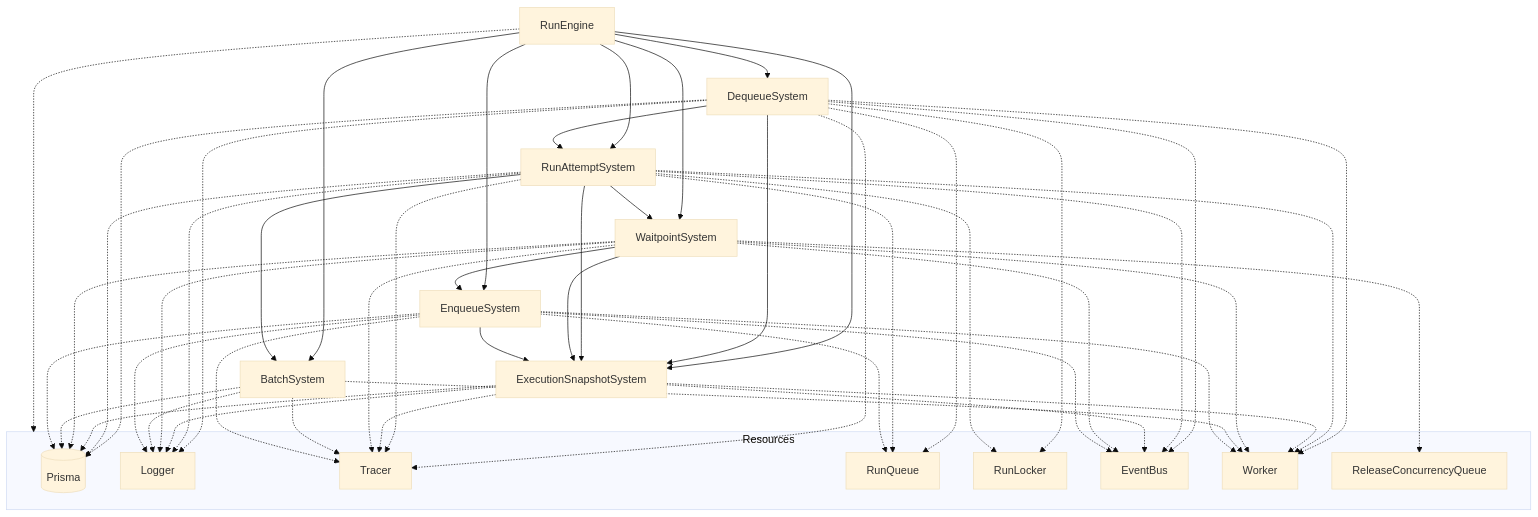
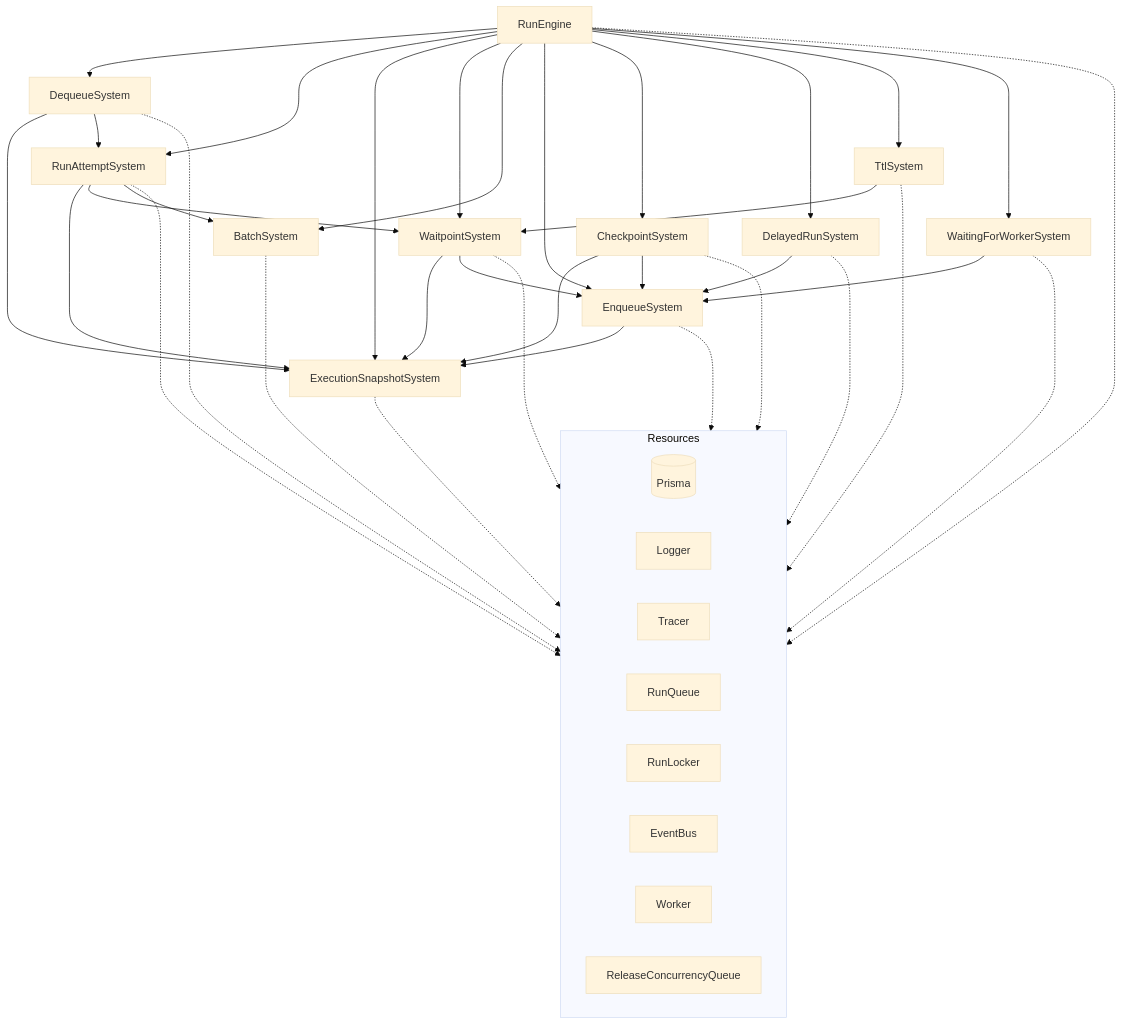
One commit to triggerdotdev/trigger.dev changed the diagram in internal-packages/run-engine/README.md. Above: the diagram before and after it, drawn with Mermaid (base theme). The commit also changed 1 other file, not shown here.

Commit message:
Added updated execution states chart and updated readme

````diff
--- a/internal-packages/run-engine/README.md
+++ b/internal-packages/run-engine/README.md
@@ -206,52 +206,64 @@
 ```mermaid
 graph TD
     RE[RunEngine]
     DS[DequeueSystem]
     RAS[RunAttemptSystem]
     ESS[ExecutionSnapshotSystem]
     WS[WaitpointSystem]
     BS[BatchSystem]
     ES[EnqueueSystem]
+    CS[CheckpointSystem]
+    DRS[DelayedRunSystem]
+    TS[TtlSystem]
+    WFS[WaitingForWorkerSystem]
 
     %% Core Dependencies
     RE --> DS
     RE --> RAS
     RE --> ESS
     RE --> WS
     RE --> BS
     RE --> ES
+    RE --> CS
+    RE --> DRS
+    RE --> TS
+    RE --> WFS
 
     %% System Dependencies
     DS --> ESS
     DS --> RAS
 
     RAS --> ESS
     RAS --> WS
     RAS --> BS
 
     WS --> ESS
     WS --> ES
 
     ES --> ESS
+
+    CS --> ESS
+    CS --> ES
+
+    DRS --> ES
+
+    WFS --> ES
+
+    TS --> WS
 
     %% Shared Resources
     subgraph Resources
         PRI[(Prisma)]
         LOG[Logger]
         TRC[Tracer]
         RQ[RunQueue]
         RL[RunLocker]
         EB[EventBus]
         WRK[Worker]
         RCQ[ReleaseConcurrencyQueue]
     end
 
     %% Resource Dependencies
     RE -.-> Resources
-    DS -.-> PRI & LOG & TRC & RQ & RL & EB & WRK
-    RAS -.-> PRI & LOG & TRC & RL & EB & RQ & WRK
-    ESS -.-> PRI & LOG & TRC & WRK & EB
-    WS -.-> PRI & LOG & TRC & WRK & EB & RCQ
-    BS -.-> PRI & LOG & TRC & WRK
-    ES -.-> PRI & LOG & TRC & WRK & EB & RQ
+    DS & RAS & ESS & WS & BS & ES & CS & DRS & TS & WFS -.-> Resources
 ```
````
